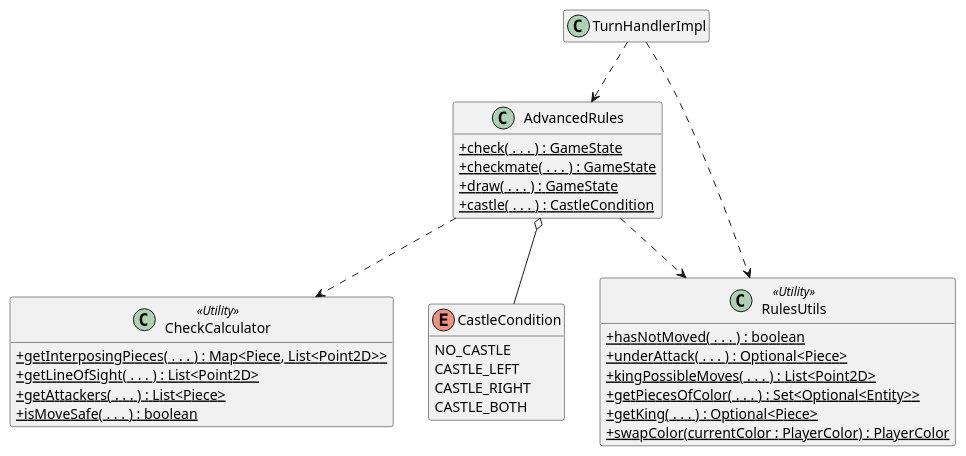
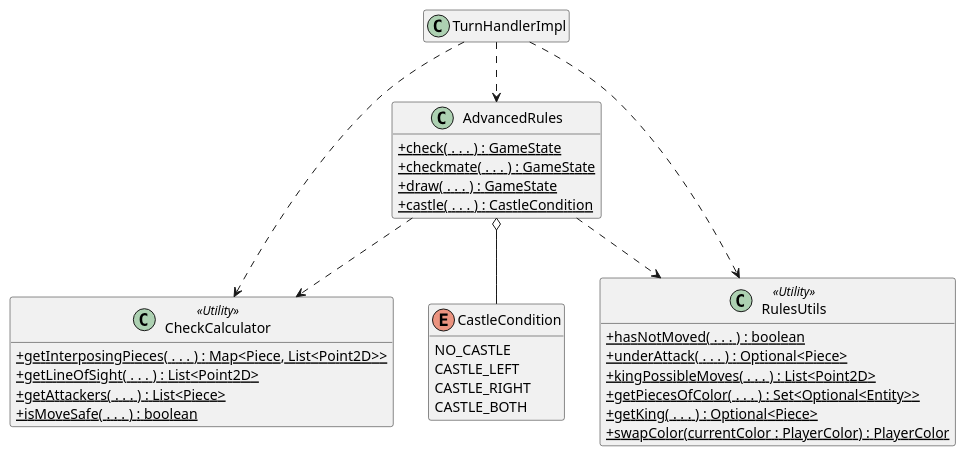
The diagram in docs/AdvancedRules.puml (Turbo-Chess/Turbo-Chess), drawn with PlantUML before and after one commit.

Commit message:
Addition to puml

```diff
--- a/docs/AdvancedRules.puml
+++ b/docs/AdvancedRules.puml
@@ -1,43 +1,44 @@
 @startuml AdvancedRules
 
 skinparam classAttributeIconSize 0
 hide empty fields
 hide empty method
 
 class AdvancedRules {
     +{static}check( . . . ) : GameState
     +{static}checkmate( . . . ) : GameState
     +{static}draw( . . . ) : GameState
     +{static}castle( . . . ) : CastleCondition
 }
 
 class CheckCalculator <<Utility>> {
     +{static}getInterposingPieces( . . . ) : Map<Piece, List<Point2D>>
     +{static}getLineOfSight( . . . ) : List<Point2D>
     +{static}getAttackers( . . . ) : List<Piece>
     +{static}isMoveSafe( . . . ) : boolean
 }
 
 class RulesUtils <<Utility>> {
     +{static}hasNotMoved( . . . ) : boolean
     +{static}underAttack( . . . ) : Optional<Piece>
     +{static}kingPossibleMoves( . . . ) : List<Point2D>
     +{static}getPiecesOfColor( . . . ) : Set<Optional<Entity>>
     +{static}getKing( . . . ) : Optional<Piece>
     +{static}swapColor(currentColor : PlayerColor) : PlayerColor 
 }
 
 enum CastleCondition {
     NO_CASTLE
     CASTLE_LEFT
     CASTLE_RIGHT
     CASTLE_BOTH
 }
 class TurnHandlerImpl
 TurnHandlerImpl ..> AdvancedRules
 TurnHandlerImpl ..> RulesUtils
+TurnHandlerImpl ..> CheckCalculator
 AdvancedRules ..> CheckCalculator
 AdvancedRules o-- CastleCondition
 AdvancedRules ..> RulesUtils
 
 @enduml
```
